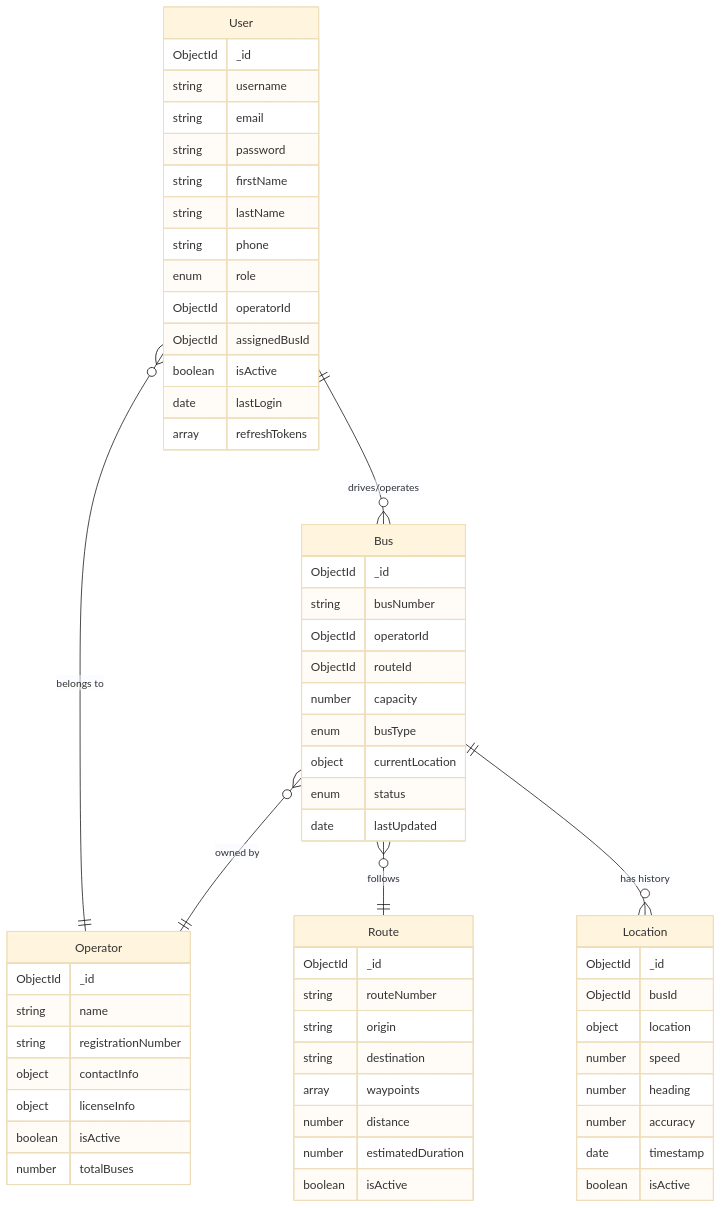
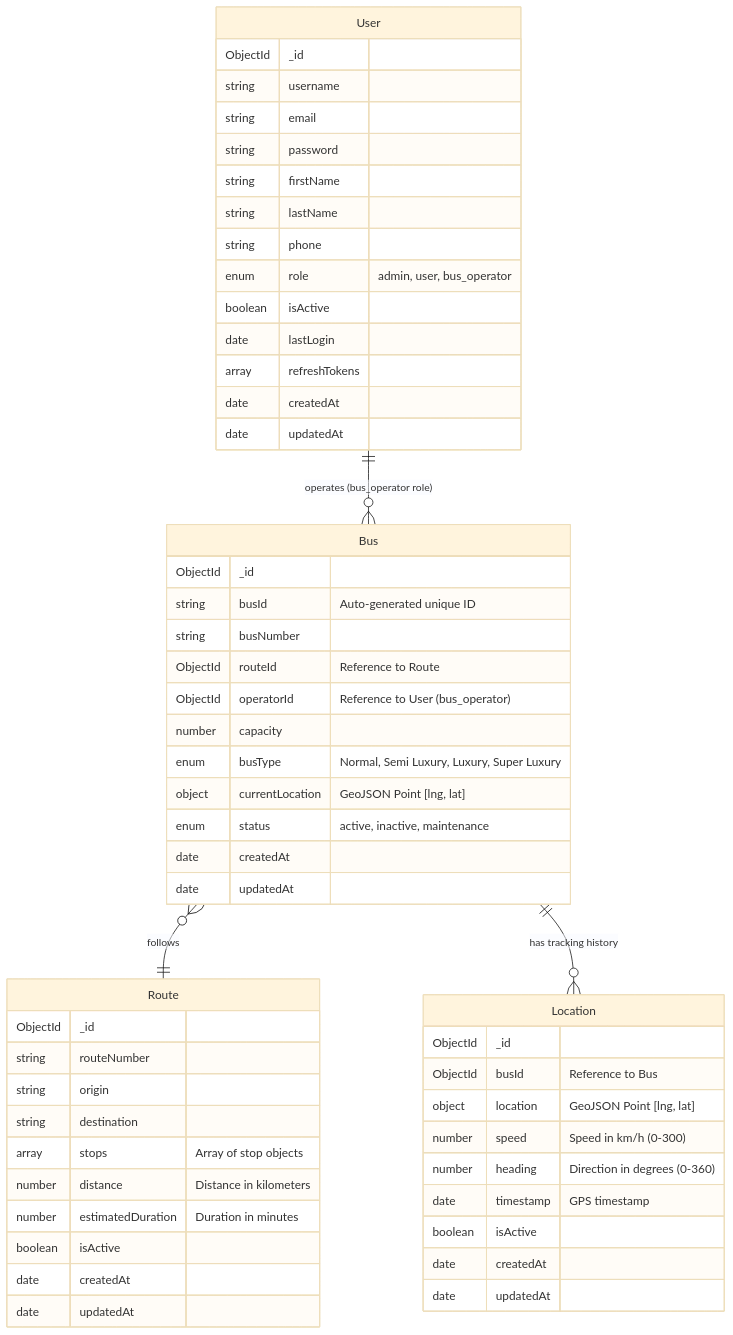
Before and after one commit to SandunTBandara/RouteSync: the second of 3 diagrams in README.md, drawn with Mermaid (base theme). The commit also changed other lines of this file, not shown here.

````diff
--- a/README.md
+++ b/README.md
@@ -214,68 +245,60 @@
 ```mermaid
 erDiagram
-    User ||--o{ Bus : "drives/operates"
-    User }o--|| Operator : "belongs to"
-    Bus }o--|| Operator : "owned by"
+    User ||--o{ Bus : "operates (bus_operator role)"
     Bus }o--|| Route : "follows"
-    Bus ||--o{ Location : "has history"
+    Bus ||--o{ Location : "has tracking history"
 
     User {
         ObjectId _id
         string username
         string email
         string password
         string firstName
         string lastName
         string phone
-        enum role
-        ObjectId operatorId
-        ObjectId assignedBusId
+        enum role "admin, user, bus_operator"
         boolean isActive
         date lastLogin
         array refreshTokens
-    }
-
-    Operator {
-        ObjectId _id
-        string name
-        string registrationNumber
-        object contactInfo
-        object licenseInfo
-        boolean isActive
-        number totalBuses
+        date createdAt
+        date updatedAt
     }
 
     Bus {
         ObjectId _id
+        string busId "Auto-generated unique ID"
         string busNumber
-        ObjectId operatorId
-        ObjectId routeId
+        ObjectId routeId "Reference to Route"
+        ObjectId operatorId "Reference to User (bus_operator)"
         number capacity
-        enum busType
-        object currentLocation
-        enum status
-        date lastUpdated
+        enum busType "Normal, Semi Luxury, Luxury, Super Luxury"
+        object currentLocation "GeoJSON Point [lng, lat]"
+        enum status "active, inactive, maintenance"
+        date createdAt
+        date updatedAt
     }
-
     Route {
         ObjectId _id
         string routeNumber
         string origin
         string destination
-        array waypoints
-        number distance
-        number estimatedDuration
+        array stops "Array of stop objects"
+        number distance "Distance in kilometers"
+        number estimatedDuration "Duration in minutes"
         boolean isActive
+        date createdAt
+        date updatedAt
     }
 
     Location {
         ObjectId _id
-        ObjectId busId
-        object location
-        number speed
-        number heading
-        number accuracy
-        date timestamp
+        ObjectId busId "Reference to Bus"
+        object location "GeoJSON Point [lng, lat]"
+        number speed "Speed in km/h (0-300)"
+        number heading "Direction in degrees (0-360)"
+        date timestamp "GPS timestamp"
         boolean isActive
+        date createdAt
+        date updatedAt
     }
 ```
````
